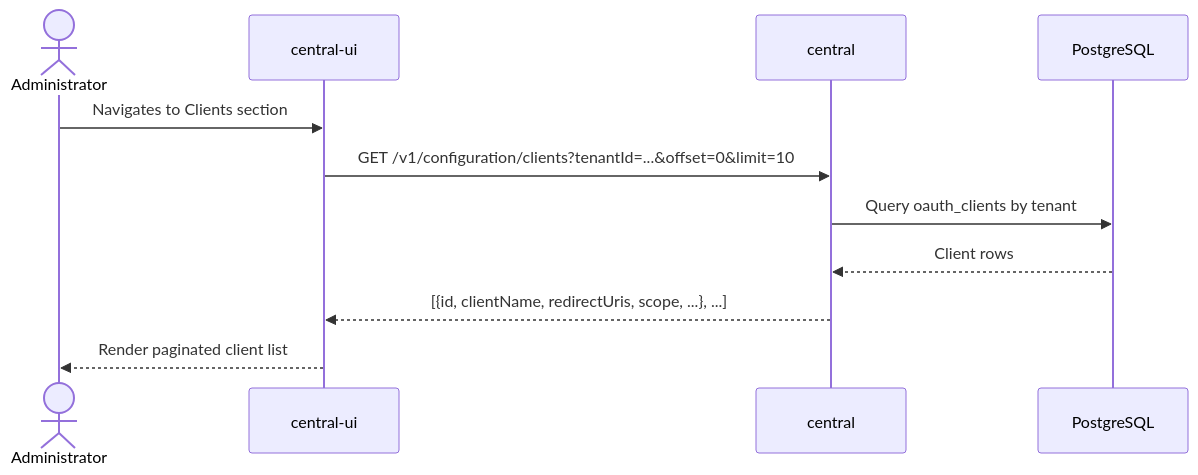
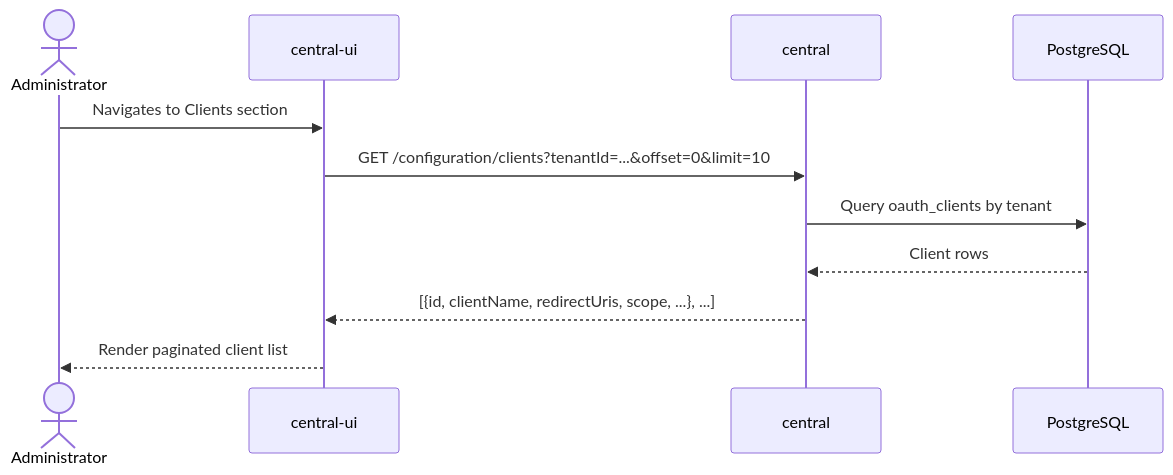
Before and after one commit to versolauth/versola: the fourth of 8 diagrams in adr/03_central_service.md, drawn with Mermaid. The commit also changed other lines of this file and 234 other files, not shown here.

````diff
--- a/adr/03_central_service.md
+++ b/adr/03_central_service.md
@@ -143,14 +143,14 @@
 ```mermaid
 sequenceDiagram
     actor Admin as Administrator
     participant UI as central-ui
     participant Central as central
     participant DB as PostgreSQL
 
     Admin->>UI: Navigates to Clients section
-    UI->>Central: GET /v1/configuration/clients?tenantId=...&offset=0&limit=10
+    UI->>Central: GET /configuration/clients?tenantId=...&offset=0&limit=10
     Central->>DB: Query oauth_clients by tenant
     DB-->>Central: Client rows
     Central-->>UI: [{id, clientName, redirectUris, scope, ...}, ...]
     UI-->>Admin: Render paginated client list
 ```
````
